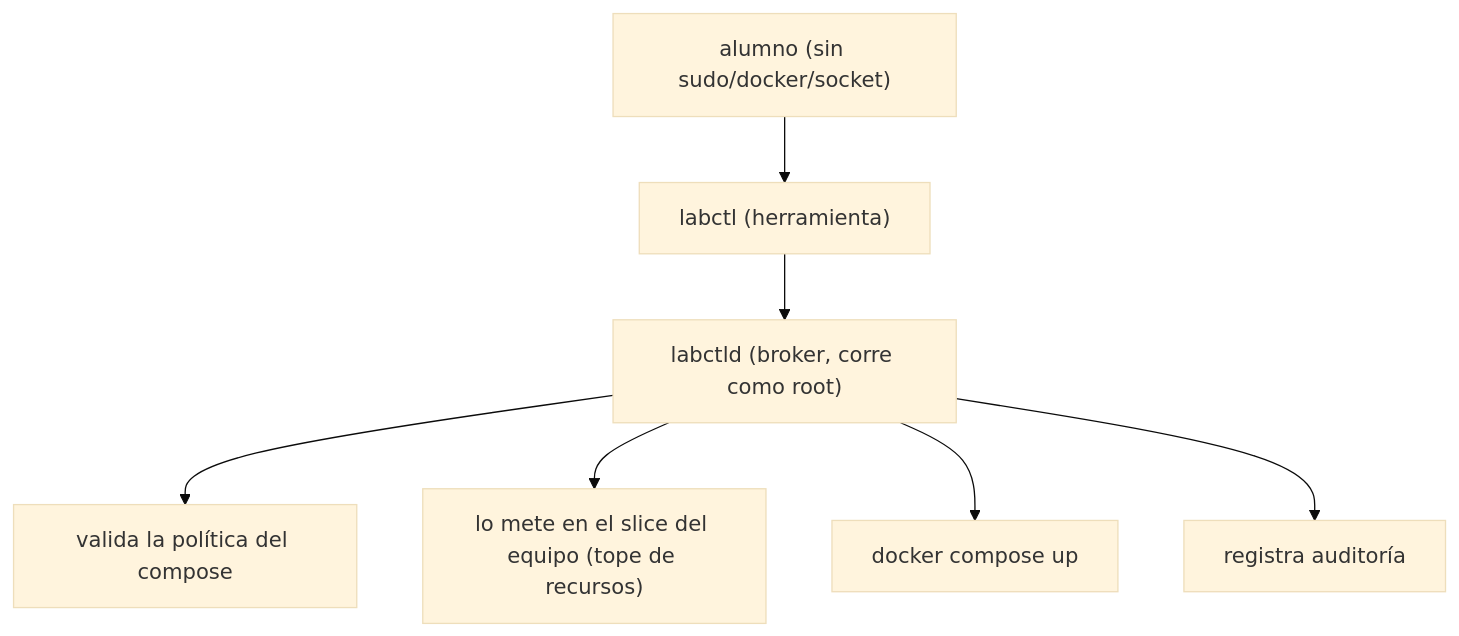
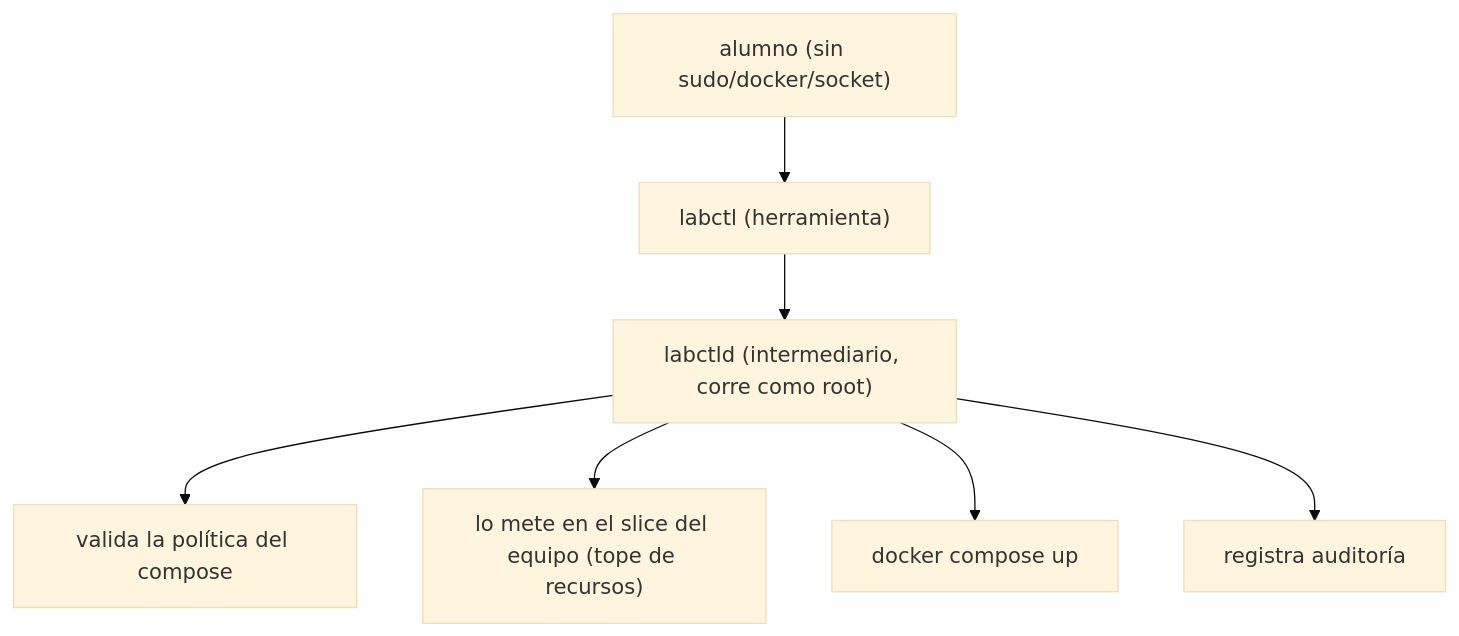
Before and after one commit to resourceldg/homelab: the diagram in docs/handbook/09-plataforma-aula.md, drawn with Mermaid (base theme). The commit also changed other lines of this file and 16 other files, not shown here.

````diff
--- a/docs/handbook/09-plataforma-aula.md
+++ b/docs/handbook/09-plataforma-aula.md
@@ -27,9 +41,9 @@
 ```mermaid
 flowchart TB
   alumno["alumno (sin sudo/docker/socket)"] --> labctl["labctl (herramienta)"]
-  labctl --> labctld["labctld (broker, corre como root)"]
+  labctl --> labctld["labctld (intermediario, corre como root)"]
   labctld --> valida["valida la política del compose"]
   labctld --> slice["lo mete en el slice del equipo (tope de recursos)"]
   labctld --> docker["docker compose up"]
   labctld --> log["registra auditoría"]
 ```
````
